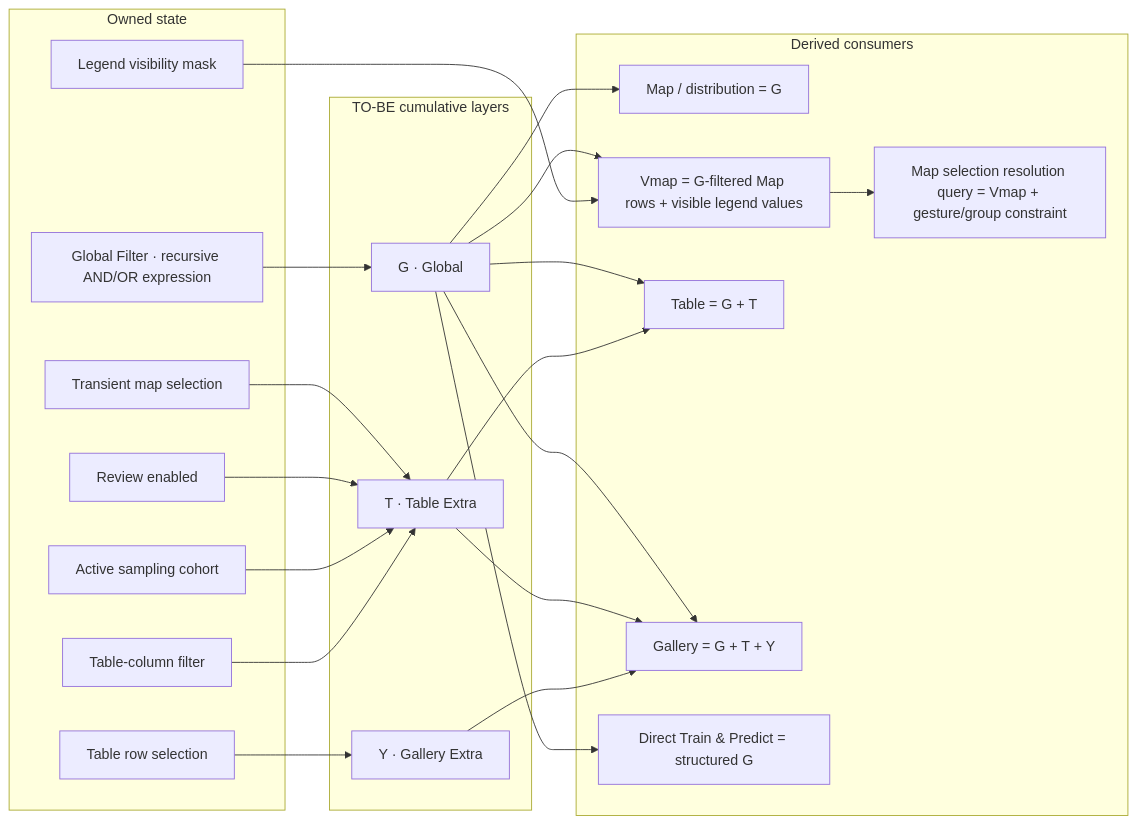
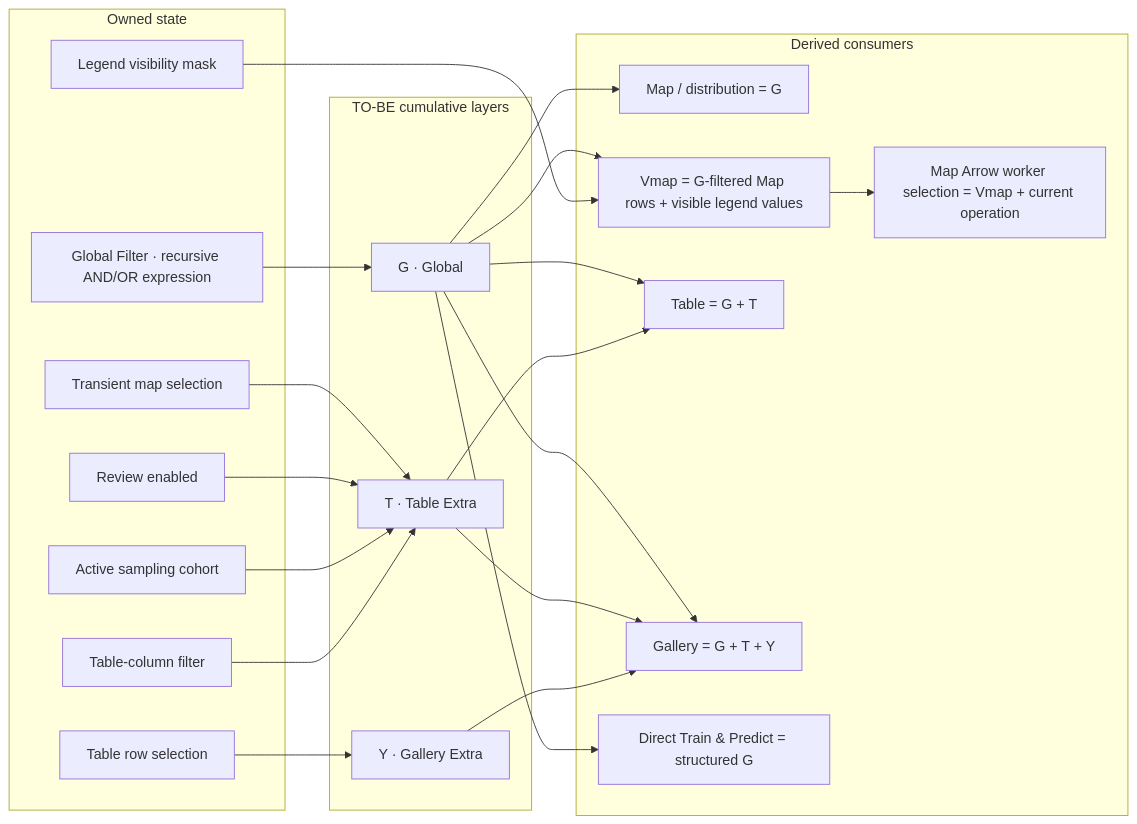
The second of 3 diagrams in docs/architecture/sc-inspection-workbench-filter-contract.md (teepoy/web-training-platform), drawn with Mermaid before and after one commit. The commit also changed other lines of this file and 15 other files, not shown here.

Commit message:
fix(sc): unify map selection and crosshair rendering

````diff
--- a/docs/architecture/sc-inspection-workbench-filter-contract.md
+++ b/docs/architecture/sc-inspection-workbench-filter-contract.md
@@ -486,45 +485,45 @@
 ```mermaid
 flowchart LR
   subgraph STATE["Owned state"]
     GF["Global Filter · recursive AND/OR expression"]
     MS["Transient map selection"]
     RV["Review enabled"]
     CO["Active sampling cohort"]
     TF["Table-column filter"]
     RS["Table row selection"]
     LV["Legend visibility mask"]
   end
 
   subgraph LAYERS["TO-BE cumulative layers"]
     G["G · Global"]
     T["T · Table Extra"]
     Y["Y · Gallery Extra"]
   end
 
   subgraph CONSUMERS["Derived consumers"]
     MAP["Map / distribution = G"]
     VMAP["Vmap = G-filtered Map rows + visible legend values"]
-    SEL["Map selection resolution query = Vmap + gesture/group constraint"]
+    SEL["Map Arrow worker selection = Vmap + current operation"]
     TABLE["Table = G + T"]
     GALLERY["Gallery = G + T + Y"]
     TRAIN["Direct Train & Predict = structured G"]
   end
 
   GF --> G
   MS --> T
   RV --> T
   CO --> T
   TF --> T
   RS --> Y
 
   G --> MAP
   G --> VMAP
   LV --> VMAP
   VMAP --> SEL
   G --> TABLE
   T --> TABLE
   G --> GALLERY
   T --> GALLERY
   Y --> GALLERY
   G --> TRAIN
 ```
````
